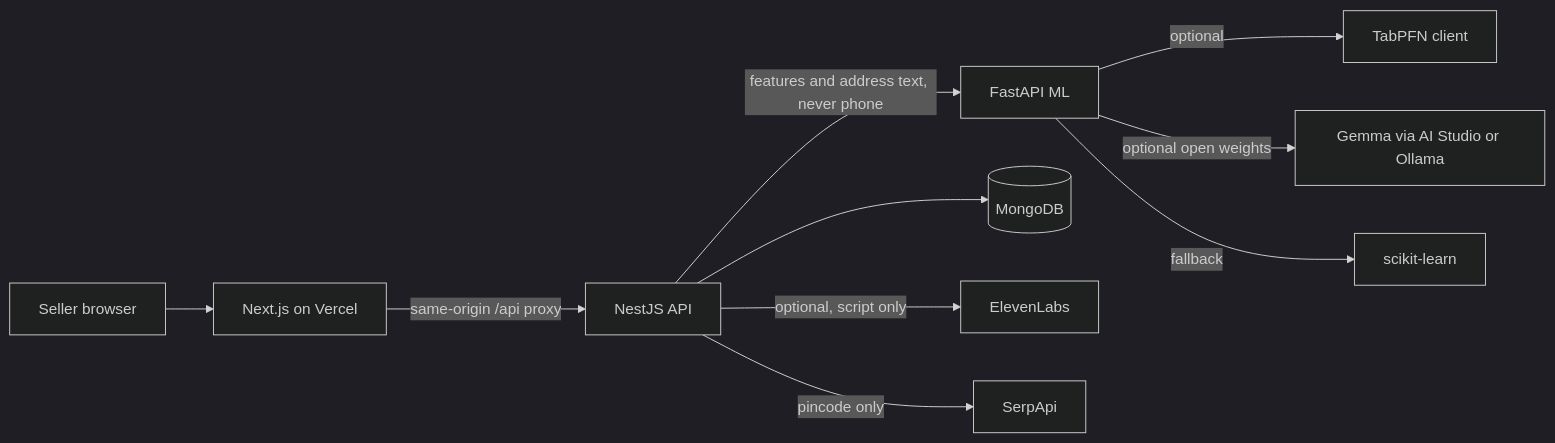
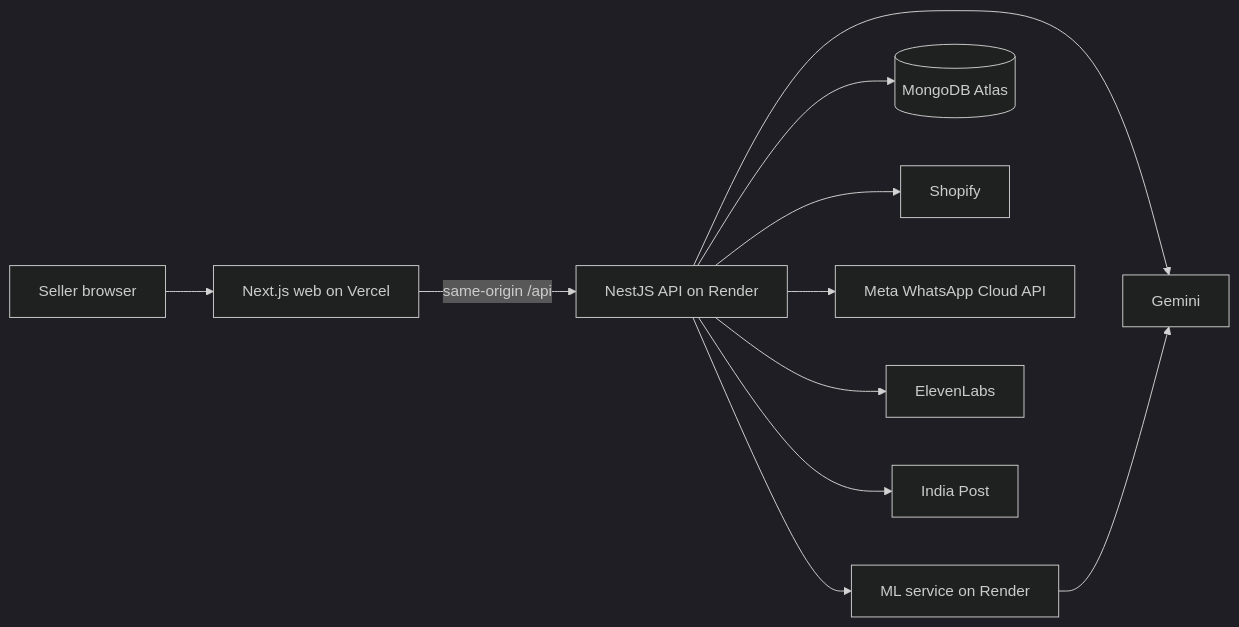
One commit to Ranbir5ingh/rto-shield changed the diagram in README.md. Above: the diagram before and after it, drawn with Mermaid (dark theme). The commit also changed other lines of this file and 29 other files, not shown here.

````diff
--- a/README.md
+++ b/README.md
@@ -35,17 +29,24 @@
 ```mermaid
 flowchart LR
   browser[Seller browser]
-  web[Next.js on Vercel]
-  api[NestJS API]
-  ml[FastAPI ML]
-  db[(MongoDB)]
+  web[Next.js web on Vercel]
+  api[NestJS API on Render]
+  ml[ML service on Render]
+  db[(MongoDB Atlas)]
+  shopify[Shopify]
+  meta[Meta WhatsApp Cloud API]
+  eleven[ElevenLabs]
+  gemini[Gemini]
+  post[India Post]
+
   browser --> web
-  web -->|same-origin /api proxy| api
+  web -->|same-origin /api| api
   api --> db
-  api -->|features and address text, never phone| ml
-  ml -->|optional| tabpfn[TabPFN client]
-  ml -->|optional open weights| gemma[Gemma via AI Studio or Ollama]
-  ml -->|fallback| sk[scikit-learn]
-  api -->|optional, script only| voice[ElevenLabs]
-  api -->|pincode only| serp[SerpApi]
+  api --> ml
+  api --> shopify
+  api --> meta
+  api --> eleven
+  api --> gemini
+  api --> post
+  ml --> gemini
 ```
````
